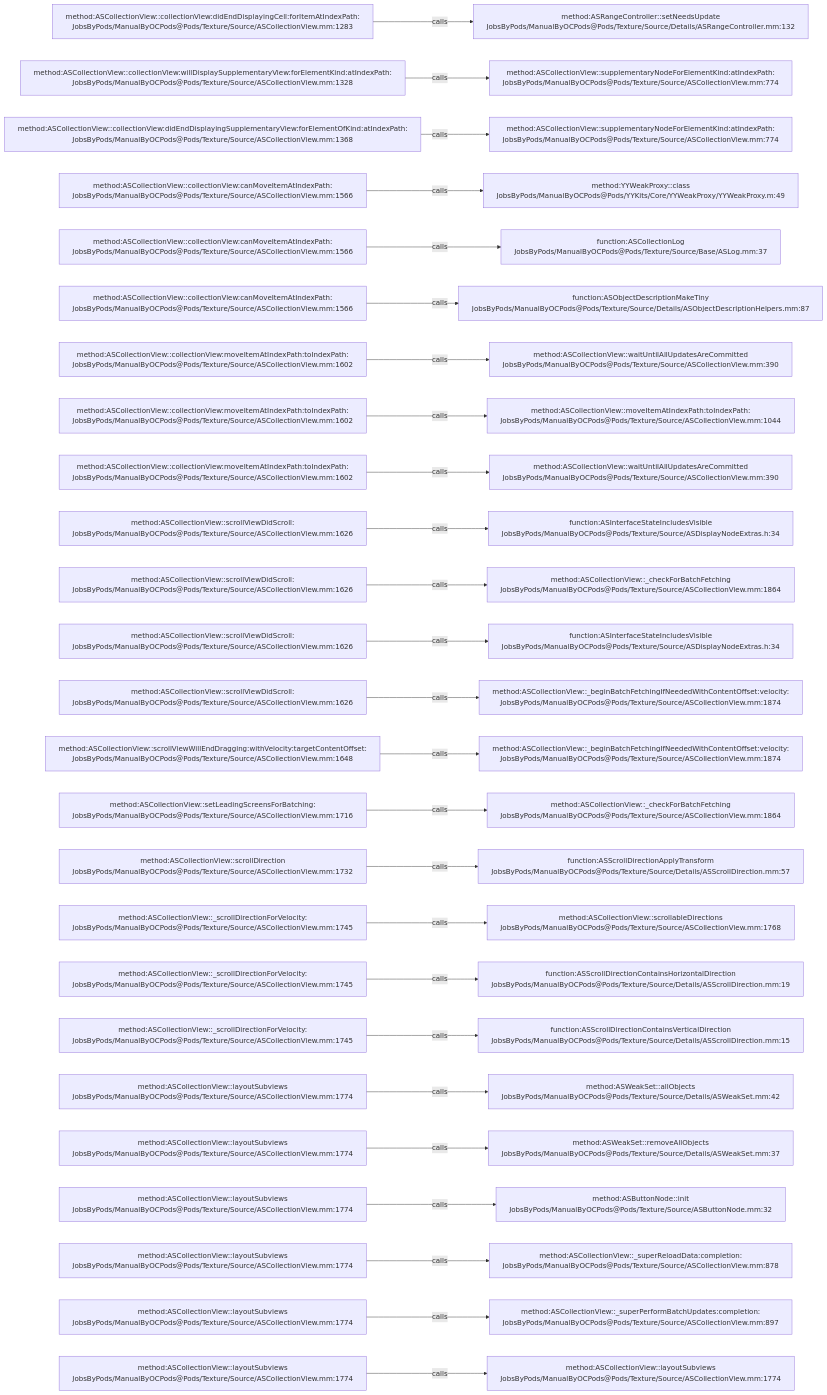
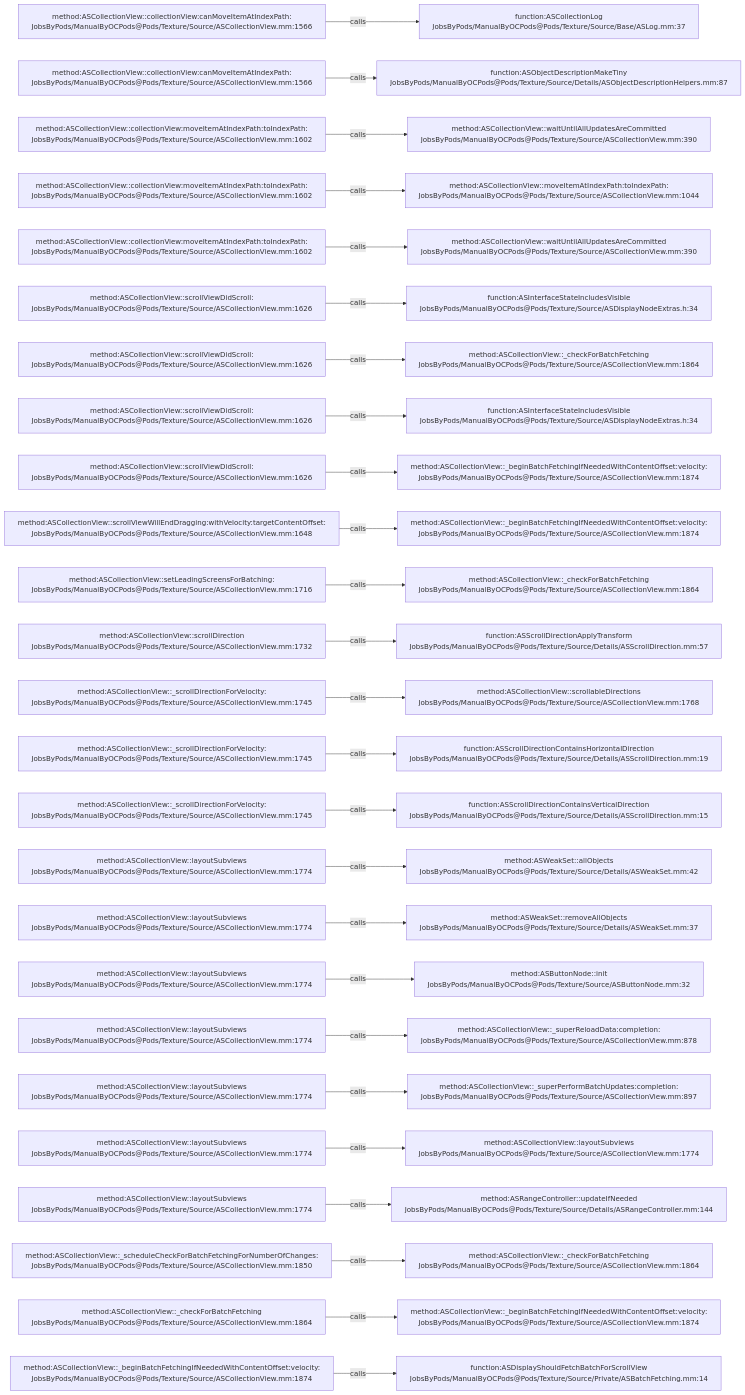
Before and after one commit to JobsKits/JobsOCBaseConfigDemo: the diagram in .codegraph/codegraph.md/graphs/calls-080.md, drawn with Mermaid. The commit also changed 727 other files, not shown here.

````diff
--- a/.codegraph/codegraph.md/graphs/calls-080.md
+++ b/.codegraph/codegraph.md/graphs/calls-080.md
@@ -13,78 +13,78 @@
 ```mermaid
 flowchart LR
-  S1["method:ASCollectionView::collectionView:didEndDisplayingCell:forItemAtIndexPath:<br/>JobsByPods/ManualByOCPods@Pods/Texture/Source/ASCollectionView.mm:1283"]
-  T1["method:ASRangeController::setNeedsUpdate<br/>JobsByPods/ManualByOCPods@Pods/Texture/Source/Details/ASRangeController.mm:132"]
+  S1["method:ASCollectionView::collectionView:canMoveItemAtIndexPath:<br/>JobsByPods/ManualByOCPods@Pods/Texture/Source/ASCollectionView.mm:1566"]
+  T1["function:ASCollectionLog<br/>JobsByPods/ManualByOCPods@Pods/Texture/Source/Base/ASLog.mm:37"]
   S1 -->|calls| T1
-  S2["method:ASCollectionView::collectionView:willDisplaySupplementaryView:forElementKind:atIndexPath:<br/>JobsByPods/ManualByOCPods@Pods/Texture/Source/ASCollectionView.mm:1328"]
-  T2["method:ASCollectionView::supplementaryNodeForElementKind:atIndexPath:<br/>JobsByPods/ManualByOCPods@Pods/Texture/Source/ASCollectionView.mm:774"]
+  S2["method:ASCollectionView::collectionView:canMoveItemAtIndexPath:<br/>JobsByPods/ManualByOCPods@Pods/Texture/Source/ASCollectionView.mm:1566"]
+  T2["function:ASObjectDescriptionMakeTiny<br/>JobsByPods/ManualByOCPods@Pods/Texture/Source/Details/ASObjectDescriptionHelpers.mm:87"]
   S2 -->|calls| T2
-  S3["method:ASCollectionView::collectionView:didEndDisplayingSupplementaryView:forElementOfKind:atIndexPath:<br/>JobsByPods/ManualByOCPods@Pods/Texture/Source/ASCollectionView.mm:1368"]
-  T3["method:ASCollectionView::supplementaryNodeForElementKind:atIndexPath:<br/>JobsByPods/ManualByOCPods@Pods/Texture/Source/ASCollectionView.mm:774"]
+  S3["method:ASCollectionView::collectionView:moveItemAtIndexPath:toIndexPath:<br/>JobsByPods/ManualByOCPods@Pods/Texture/Source/ASCollectionView.mm:1602"]
+  T3["method:ASCollectionView::waitUntilAllUpdatesAreCommitted<br/>JobsByPods/ManualByOCPods@Pods/Texture/Source/ASCollectionView.mm:390"]
   S3 -->|calls| T3
-  S4["method:ASCollectionView::collectionView:canMoveItemAtIndexPath:<br/>JobsByPods/ManualByOCPods@Pods/Texture/Source/ASCollectionView.mm:1566"]
-  T4["method:YYWeakProxy::class<br/>JobsByPods/ManualByOCPods@Pods/YYKits/Core/YYWeakProxy/YYWeakProxy.m:49"]
+  S4["method:ASCollectionView::collectionView:moveItemAtIndexPath:toIndexPath:<br/>JobsByPods/ManualByOCPods@Pods/Texture/Source/ASCollectionView.mm:1602"]
+  T4["method:ASCollectionView::moveItemAtIndexPath:toIndexPath:<br/>JobsByPods/ManualByOCPods@Pods/Texture/Source/ASCollectionView.mm:1044"]
   S4 -->|calls| T4
-  S5["method:ASCollectionView::collectionView:canMoveItemAtIndexPath:<br/>JobsByPods/ManualByOCPods@Pods/Texture/Source/ASCollectionView.mm:1566"]
-  T5["function:ASCollectionLog<br/>JobsByPods/ManualByOCPods@Pods/Texture/Source/Base/ASLog.mm:37"]
+  S5["method:ASCollectionView::collectionView:moveItemAtIndexPath:toIndexPath:<br/>JobsByPods/ManualByOCPods@Pods/Texture/Source/ASCollectionView.mm:1602"]
+  T5["method:ASCollectionView::waitUntilAllUpdatesAreCommitted<br/>JobsByPods/ManualByOCPods@Pods/Texture/Source/ASCollectionView.mm:390"]
   S5 -->|calls| T5
-  S6["method:ASCollectionView::collectionView:canMoveItemAtIndexPath:<br/>JobsByPods/ManualByOCPods@Pods/Texture/Source/ASCollectionView.mm:1566"]
-  T6["function:ASObjectDescriptionMakeTiny<br/>JobsByPods/ManualByOCPods@Pods/Texture/Source/Details/ASObjectDescriptionHelpers.mm:87"]
+  S6["method:ASCollectionView::scrollViewDidScroll:<br/>JobsByPods/ManualByOCPods@Pods/Texture/Source/ASCollectionView.mm:1626"]
+  T6["function:ASInterfaceStateIncludesVisible<br/>JobsByPods/ManualByOCPods@Pods/Texture/Source/ASDisplayNodeExtras.h:34"]
   S6 -->|calls| T6
-  S7["method:ASCollectionView::collectionView:moveItemAtIndexPath:toIndexPath:<br/>JobsByPods/ManualByOCPods@Pods/Texture/Source/ASCollectionView.mm:1602"]
-  T7["method:ASCollectionView::waitUntilAllUpdatesAreCommitted<br/>JobsByPods/ManualByOCPods@Pods/Texture/Source/ASCollectionView.mm:390"]
+  S7["method:ASCollectionView::scrollViewDidScroll:<br/>JobsByPods/ManualByOCPods@Pods/Texture/Source/ASCollectionView.mm:1626"]
+  T7["method:ASCollectionView::_checkForBatchFetching<br/>JobsByPods/ManualByOCPods@Pods/Texture/Source/ASCollectionView.mm:1864"]
   S7 -->|calls| T7
-  S8["method:ASCollectionView::collectionView:moveItemAtIndexPath:toIndexPath:<br/>JobsByPods/ManualByOCPods@Pods/Texture/Source/ASCollectionView.mm:1602"]
-  T8["method:ASCollectionView::moveItemAtIndexPath:toIndexPath:<br/>JobsByPods/ManualByOCPods@Pods/Texture/Source/ASCollectionView.mm:1044"]
+  S8["method:ASCollectionView::scrollViewDidScroll:<br/>JobsByPods/ManualByOCPods@Pods/Texture/Source/ASCollectionView.mm:1626"]
+  T8["function:ASInterfaceStateIncludesVisible<br/>JobsByPods/ManualByOCPods@Pods/Texture/Source/ASDisplayNodeExtras.h:34"]
   S8 -->|calls| T8
-  S9["method:ASCollectionView::collectionView:moveItemAtIndexPath:toIndexPath:<br/>JobsByPods/ManualByOCPods@Pods/Texture/Source/ASCollectionView.mm:1602"]
-  T9["method:ASCollectionView::waitUntilAllUpdatesAreCommitted<br/>JobsByPods/ManualByOCPods@Pods/Texture/Source/ASCollectionView.mm:390"]
+  S9["method:ASCollectionView::scrollViewDidScroll:<br/>JobsByPods/ManualByOCPods@Pods/Texture/Source/ASCollectionView.mm:1626"]
+  T9["method:ASCollectionView::_beginBatchFetchingIfNeededWithContentOffset:velocity:<br/>JobsByPods/ManualByOCPods@Pods/Texture/Source/ASCollectionView.mm:1874"]
   S9 -->|calls| T9
-  S10["method:ASCollectionView::scrollViewDidScroll:<br/>JobsByPods/ManualByOCPods@Pods/Texture/Source/ASCollectionView.mm:1626"]
-  T10["function:ASInterfaceStateIncludesVisible<br/>JobsByPods/ManualByOCPods@Pods/Texture/Source/ASDisplayNodeExtras.h:34"]
+  S10["method:ASCollectionView::scrollViewWillEndDragging:withVelocity:targetContentOffset:<br/>JobsByPods/ManualByOCPods@Pods/Texture/Source/ASCollectionView.mm:1648"]
+  T10["method:ASCollectionView::_beginBatchFetchingIfNeededWithContentOffset:velocity:<br/>JobsByPods/ManualByOCPods@Pods/Texture/Source/ASCollectionView.mm:1874"]
   S10 -->|calls| T10
-  S11["method:ASCollectionView::scrollViewDidScroll:<br/>JobsByPods/ManualByOCPods@Pods/Texture/Source/ASCollectionView.mm:1626"]
+  S11["method:ASCollectionView::setLeadingScreensForBatching:<br/>JobsByPods/ManualByOCPods@Pods/Texture/Source/ASCollectionView.mm:1716"]
   T11["method:ASCollectionView::_checkForBatchFetching<br/>JobsByPods/ManualByOCPods@Pods/Texture/Source/ASCollectionView.mm:1864"]
   S11 -->|calls| T11
-  S12["method:ASCollectionView::scrollViewDidScroll:<br/>JobsByPods/ManualByOCPods@Pods/Texture/Source/ASCollectionView.mm:1626"]
-  T12["function:ASInterfaceStateIncludesVisible<br/>JobsByPods/ManualByOCPods@Pods/Texture/Source/ASDisplayNodeExtras.h:34"]
+  S12["method:ASCollectionView::scrollDirection<br/>JobsByPods/ManualByOCPods@Pods/Texture/Source/ASCollectionView.mm:1732"]
+  T12["function:ASScrollDirectionApplyTransform<br/>JobsByPods/ManualByOCPods@Pods/Texture/Source/Details/ASScrollDirection.mm:57"]
   S12 -->|calls| T12
-  S13["method:ASCollectionView::scrollViewDidScroll:<br/>JobsByPods/ManualByOCPods@Pods/Texture/Source/ASCollectionView.mm:1626"]
-  T13["method:ASCollectionView::_beginBatchFetchingIfNeededWithContentOffset:velocity:<br/>JobsByPods/ManualByOCPods@Pods/Texture/Source/ASCollectionView.mm:1874"]
+  S13["method:ASCollectionView::_scrollDirectionForVelocity:<br/>JobsByPods/ManualByOCPods@Pods/Texture/Source/ASCollectionView.mm:1745"]
+  T13["method:ASCollectionView::scrollableDirections<br/>JobsByPods/ManualByOCPods@Pods/Texture/Source/ASCollectionView.mm:1768"]
   S13 -->|calls| T13
-  S14["method:ASCollectionView::scrollViewWillEndDragging:withVelocity:targetContentOffset:<br/>JobsByPods/ManualByOCPods@Pods/Texture/Source/ASCollectionView.mm:1648"]
-  T14["method:ASCollectionView::_beginBatchFetchingIfNeededWithContentOffset:velocity:<br/>JobsByPods/ManualByOCPods@Pods/Texture/Source/ASCollectionView.mm:1874"]
+  S14["method:ASCollectionView::_scrollDirectionForVelocity:<br/>JobsByPods/ManualByOCPods@Pods/Texture/Source/ASCollectionView.mm:1745"]
+  T14["function:ASScrollDirectionContainsHorizontalDirection<br/>JobsByPods/ManualByOCPods@Pods/Texture/Source/Details/ASScrollDirection.mm:19"]
   S14 -->|calls| T14
-  S15["method:ASCollectionView::setLeadingScreensForBatching:<br/>JobsByPods/ManualByOCPods@Pods/Texture/Source/ASCollectionView.mm:1716"]
-  T15["method:ASCollectionView::_checkForBatchFetching<br/>JobsByPods/ManualByOCPods@Pods/Texture/Source/ASCollectionView.mm:1864"]
+  S15["method:ASCollectionView::_scrollDirectionForVelocity:<br/>JobsByPods/ManualByOCPods@Pods/Texture/Source/ASCollectionView.mm:1745"]
+  T15["function:ASScrollDirectionContainsVerticalDirection<br/>JobsByPods/ManualByOCPods@Pods/Texture/Source/Details/ASScrollDirection.mm:15"]
   S15 -->|calls| T15
-  S16["method:ASCollectionView::scrollDirection<br/>JobsByPods/ManualByOCPods@Pods/Texture/Source/ASCollectionView.mm:1732"]
-  T16["function:ASScrollDirectionApplyTransform<br/>JobsByPods/ManualByOCPods@Pods/Texture/Source/Details/ASScrollDirection.mm:57"]
+  S16["method:ASCollectionView::layoutSubviews<br/>JobsByPods/ManualByOCPods@Pods/Texture/Source/ASCollectionView.mm:1774"]
+  T16["method:ASWeakSet::allObjects<br/>JobsByPods/ManualByOCPods@Pods/Texture/Source/Details/ASWeakSet.mm:42"]
   S16 -->|calls| T16
-  S17["method:ASCollectionView::_scrollDirectionForVelocity:<br/>JobsByPods/ManualByOCPods@Pods/Texture/Source/ASCollectionView.mm:1745"]
-  T17["method:ASCollectionView::scrollableDirections<br/>JobsByPods/ManualByOCPods@Pods/Texture/Source/ASCollectionView.mm:1768"]
+  S17["method:ASCollectionView::layoutSubviews<br/>JobsByPods/ManualByOCPods@Pods/Texture/Source/ASCollectionView.mm:1774"]
+  T17["method:ASWeakSet::removeAllObjects<br/>JobsByPods/ManualByOCPods@Pods/Texture/Source/Details/ASWeakSet.mm:37"]
   S17 -->|calls| T17
-  S18["method:ASCollectionView::_scrollDirectionForVelocity:<br/>JobsByPods/ManualByOCPods@Pods/Texture/Source/ASCollectionView.mm:1745"]
-  T18["function:ASScrollDirectionContainsHorizontalDirection<br/>JobsByPods/ManualByOCPods@Pods/Texture/Source/Details/ASScrollDirection.mm:19"]
+  S18["method:ASCollectionView::layoutSubviews<br/>JobsByPods/ManualByOCPods@Pods/Texture/Source/ASCollectionView.mm:1774"]
+  T18["method:ASButtonNode::init<br/>JobsByPods/ManualByOCPods@Pods/Texture/Source/ASButtonNode.mm:32"]
   S18 -->|calls| T18
-  S19["method:ASCollectionView::_scrollDirectionForVelocity:<br/>JobsByPods/ManualByOCPods@Pods/Texture/Source/ASCollectionView.mm:1745"]
-  T19["function:ASScrollDirectionContainsVerticalDirection<br/>JobsByPods/ManualByOCPods@Pods/Texture/Source/Details/ASScrollDirection.mm:15"]
+  S19["method:ASCollectionView::layoutSubviews<br/>JobsByPods/ManualByOCPods@Pods/Texture/Source/ASCollectionView.mm:1774"]
+  T19["method:ASCollectionView::_superReloadData:completion:<br/>JobsByPods/ManualByOCPods@Pods/Texture/Source/ASCollectionView.mm:878"]
   S19 -->|calls| T19
   S20["method:ASCollectionView::layoutSubviews<br/>JobsByPods/ManualByOCPods@Pods/Texture/Source/ASCollectionView.mm:1774"]
-  T20["method:ASWeakSet::allObjects<br/>JobsByPods/ManualByOCPods@Pods/Texture/Source/Details/ASWeakSet.mm:42"]
+  T20["method:ASCollectionView::_superPerformBatchUpdates:completion:<br/>JobsByPods/ManualByOCPods@Pods/Texture/Source/ASCollectionView.mm:897"]
   S20 -->|calls| T20
   S21["method:ASCollectionView::layoutSubviews<br/>JobsByPods/ManualByOCPods@Pods/Texture/Source/ASCollectionView.mm:1774"]
-  T21["method:ASWeakSet::removeAllObjects<br/>JobsByPods/ManualByOCPods@Pods/Texture/Source/Details/ASWeakSet.mm:37"]
+  T21["method:ASCollectionView::layoutSubviews<br/>JobsByPods/ManualByOCPods@Pods/Texture/Source/ASCollectionView.mm:1774"]
   S21 -->|calls| T21
   S22["method:ASCollectionView::layoutSubviews<br/>JobsByPods/ManualByOCPods@Pods/Texture/Source/ASCollectionView.mm:1774"]
-  T22["method:ASButtonNode::init<br/>JobsByPods/ManualByOCPods@Pods/Texture/Source/ASButtonNode.mm:32"]
+  T22["method:ASRangeController::updateIfNeeded<br/>JobsByPods/ManualByOCPods@Pods/Texture/Source/Details/ASRangeController.mm:144"]
   S22 -->|calls| T22
-  S23["method:ASCollectionView::layoutSubviews<br/>JobsByPods/ManualByOCPods@Pods/Texture/Source/ASCollectionView.mm:1774"]
-  T23["method:ASCollectionView::_superReloadData:completion:<br/>JobsByPods/ManualByOCPods@Pods/Texture/Source/ASCollectionView.mm:878"]
+  S23["method:ASCollectionView::_scheduleCheckForBatchFetchingForNumberOfChanges:<br/>JobsByPods/ManualByOCPods@Pods/Texture/Source/ASCollectionView.mm:1850"]
+  T23["method:ASCollectionView::_checkForBatchFetching<br/>JobsByPods/ManualByOCPods@Pods/Texture/Source/ASCollectionView.mm:1864"]
   S23 -->|calls| T23
-  S24["method:ASCollectionView::layoutSubviews<br/>JobsByPods/ManualByOCPods@Pods/Texture/Source/ASCollectionView.mm:1774"]
-  T24["method:ASCollectionView::_superPerformBatchUpdates:completion:<br/>JobsByPods/ManualByOCPods@Pods/Texture/Source/ASCollectionView.mm:897"]
+  S24["method:ASCollectionView::_checkForBatchFetching<br/>JobsByPods/ManualByOCPods@Pods/Texture/Source/ASCollectionView.mm:1864"]
+  T24["method:ASCollectionView::_beginBatchFetchingIfNeededWithContentOffset:velocity:<br/>JobsByPods/ManualByOCPods@Pods/Texture/Source/ASCollectionView.mm:1874"]
   S24 -->|calls| T24
-  S25["method:ASCollectionView::layoutSubviews<br/>JobsByPods/ManualByOCPods@Pods/Texture/Source/ASCollectionView.mm:1774"]
-  T25["method:ASCollectionView::layoutSubviews<br/>JobsByPods/ManualByOCPods@Pods/Texture/Source/ASCollectionView.mm:1774"]
+  S25["method:ASCollectionView::_beginBatchFetchingIfNeededWithContentOffset:velocity:<br/>JobsByPods/ManualByOCPods@Pods/Texture/Source/ASCollectionView.mm:1874"]
+  T25["function:ASDisplayShouldFetchBatchForScrollView<br/>JobsByPods/ManualByOCPods@Pods/Texture/Source/Private/ASBatchFetching.mm:14"]
   S25 -->|calls| T25
 ```
````
